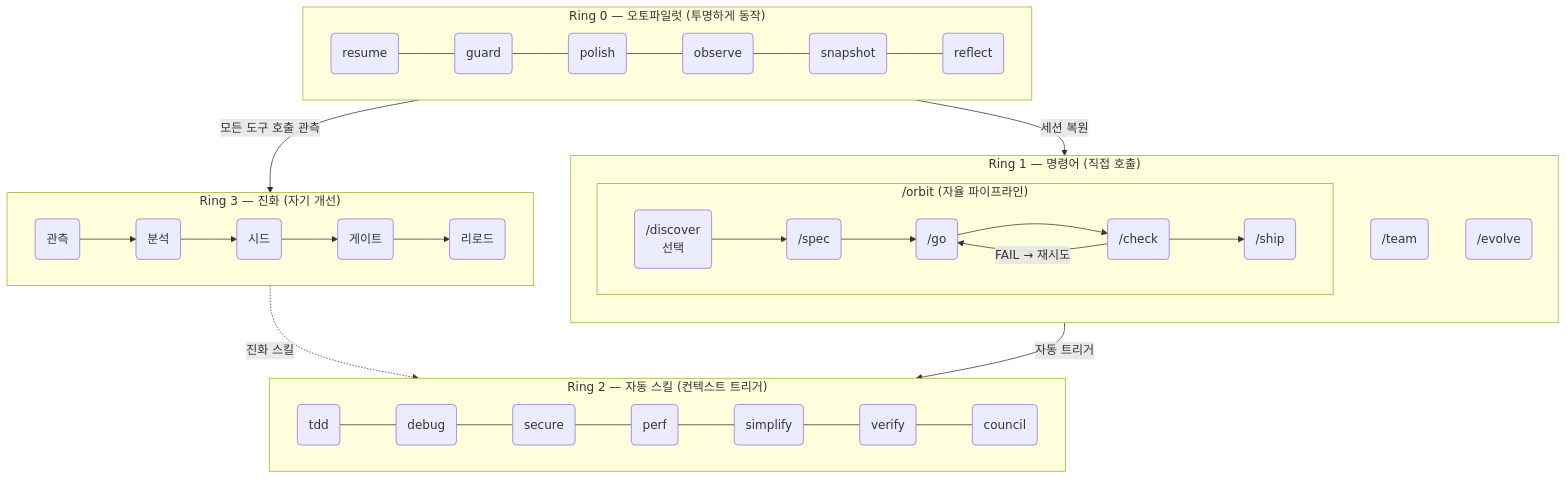
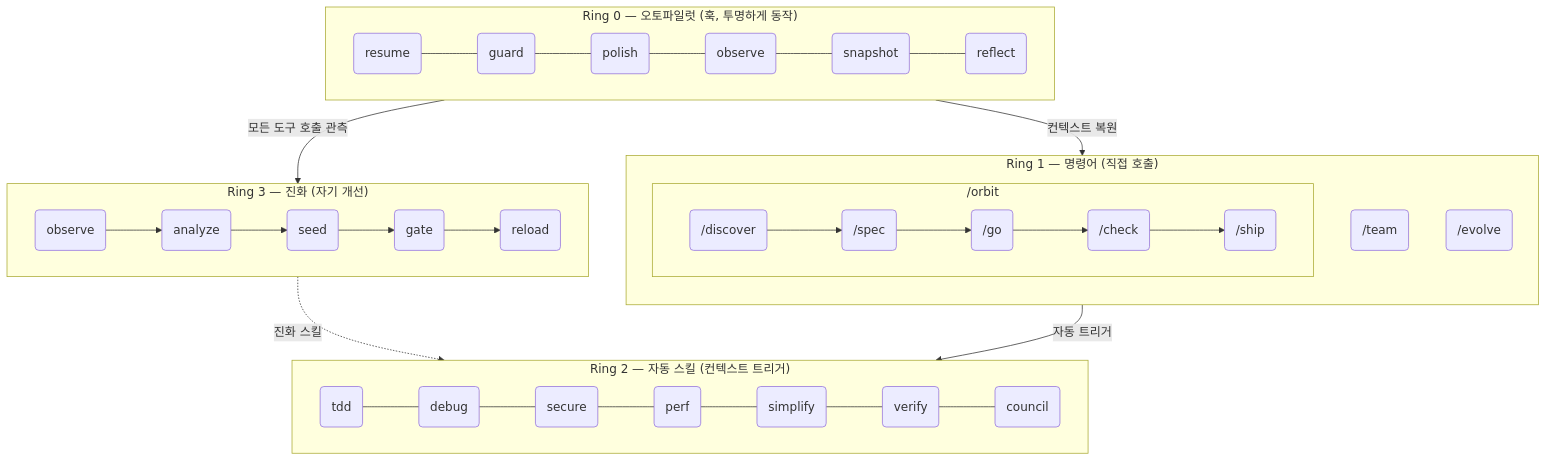
The first of 3 diagrams in i18n/ko/README.md (epicsagas/epic-harness), drawn with Mermaid before and after one commit. The commit also changed other lines of this file, not shown here.

````diff
--- a/i18n/ko/README.md
+++ b/i18n/ko/README.md
@@ -58,33 +108,32 @@
 ```mermaid
 flowchart TB
-    subgraph R0["Ring 0 — 오토파일럿 (투명하게 동작)"]
+    subgraph R0["Ring 0 — 오토파일럿 (훅, 투명하게 동작)"]
         direction LR
         h1(resume) --- h2(guard) --- h3(polish) --- h4(observe) --- h5(snapshot) --- h6(reflect)
     end
 
     subgraph R1["Ring 1 — 명령어 (직접 호출)"]
         direction TB
-        subgraph orbit["  /orbit  (자율 파이프라인)"]
+        subgraph orbit_wrap["  /orbit  "]
             direction LR
-            c1("/discover\n선택") --> c2("/spec") --> c3("/go") --> c4("/check") --> c5("/ship")
-            c4 -->|"FAIL → 재시도"| c3
+            c1("/discover") --> c2("/spec") --> c3("/go") --> c4("/check") --> c5("/ship")
         end
         c6("/team")
         c7("/evolve")
     end
 
     subgraph R2["Ring 2 — 자동 스킬 (컨텍스트 트리거)"]
         direction LR
         s1(tdd) --- s2(debug) --- s3(secure) --- s4(perf) --- s5(simplify) --- s6(verify) --- s7(council)
     end
 
     subgraph R3["Ring 3 — 진화 (자기 개선)"]
         direction LR
-        e1(관측) --> e2(분석) --> e3(시드) --> e4(게이트) --> e5(리로드)
+        e1(observe) --> e2(analyze) --> e3(seed) --> e4(gate) --> e5(reload)
     end
 
     R0 -->|"모든 도구 호출 관측"| R3
     R3 -.->|"진화 스킬"| R2
     R1 -->|"자동 트리거"| R2
-    R0 -->|"세션 복원"| R1
+    R0 -->|"컨텍스트 복원"| R1
 ```
````
